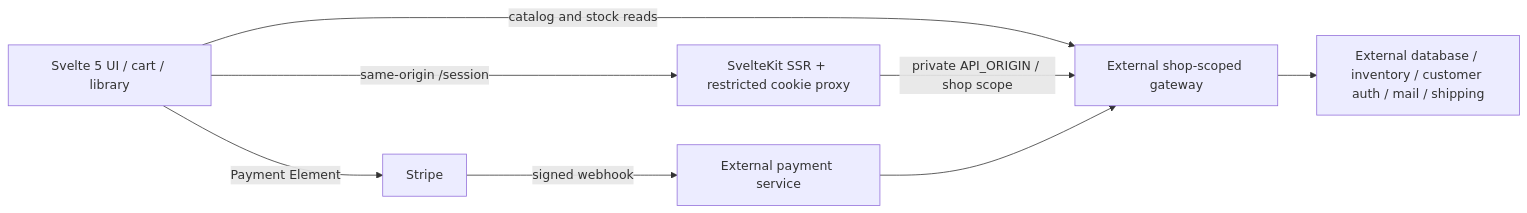
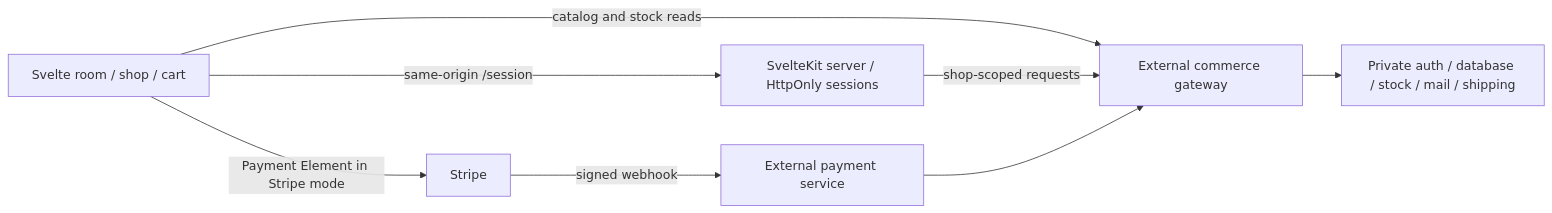
The diagram in README.md (TylerPetri/moth-milk), drawn with Mermaid before and after one commit. The commit also changed other lines of this file and 32 other files, not shown here.

````diff
--- a/README.md
+++ b/README.md
@@ -25,10 +30,10 @@
 ```mermaid
 flowchart LR
-  Browser["Svelte 5 UI / cart / library"] -->|"catalog and stock reads"| Gateway["External shop-scoped gateway"]
-  Browser -->|"same-origin /session"| Server["SvelteKit SSR + restricted cookie proxy"]
-  Server -->|"private API_ORIGIN / shop scope"| Gateway
-  Browser -->|"Payment Element"| Stripe["Stripe"]
+  UI["Svelte room / shop / cart"] -->|"catalog and stock reads"| API["External commerce gateway"]
+  UI -->|"same-origin /session"| SSR["SvelteKit server / HttpOnly sessions"]
+  SSR -->|"shop-scoped requests"| API
+  UI -->|"Payment Element in Stripe mode"| Stripe["Stripe"]
   Stripe -->|"signed webhook"| Payments["External payment service"]
-  Payments --> Gateway
-  Gateway --> Services["External database / inventory / customer auth / mail / shipping"]
+  Payments --> API
+  API --> Data["Private auth / database / stock / mail / shipping"]
 ```
````
